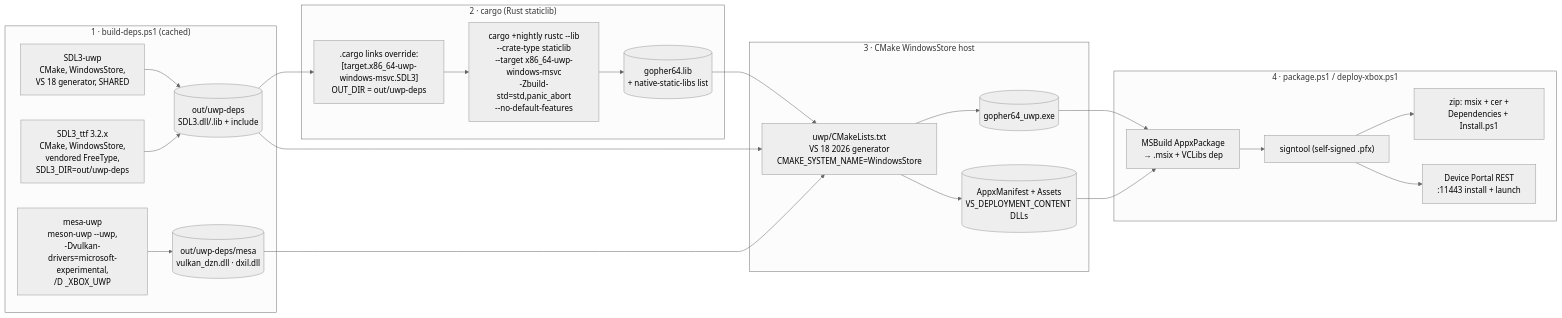
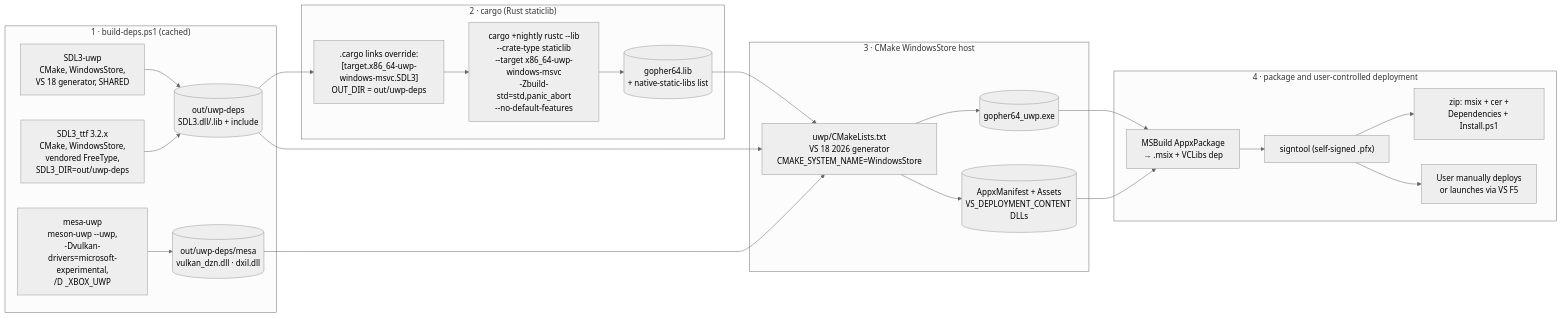
The second of 5 diagrams in docs/xbox-port/02-architecture.md (marcelofrau/gopher64), drawn with Mermaid (neutral theme) before and after one commit. The commit also changed other lines of this file and 41 other files, not shown here.

````diff
--- a/docs/xbox-port/02-architecture.md
+++ b/docs/xbox-port/02-architecture.md
@@ -89,33 +91,33 @@
 ```mermaid
 flowchart LR
     subgraph S1["1 · build-deps.ps1 (cached)"]
         A1["SDL3-uwp<br/>CMake, WindowsStore,<br/>VS 18 generator, SHARED"] --> P1[("out/uwp-deps<br/>SDL3.dll/.lib + include")]
         A2["SDL3_ttf 3.2.x<br/>CMake, WindowsStore,<br/>vendored FreeType,<br/>SDL3_DIR=out/uwp-deps"] --> P1
         A3["mesa-uwp<br/>meson-uwp --uwp,<br/>-Dvulkan-drivers=microsoft-experimental,<br/>/D _XBOX_UWP"] --> P2[("out/uwp-deps/mesa<br/>vulkan_dzn.dll · dxil.dll")]
     end
 
     subgraph S2["2 · cargo (Rust staticlib)"]
         B1["cargo +nightly rustc --lib<br/>--crate-type staticlib<br/>--target x86_64-uwp-windows-msvc<br/>-Zbuild-std=std,panic_abort<br/>--no-default-features"]
         B2[".cargo links override:<br/>[target.x86_64-uwp-windows-msvc.SDL3]<br/>OUT_DIR = out/uwp-deps"]
         B2 --> B1
         P1 --> B2
         B1 --> L1[("gopher64.lib<br/>+ native-static-libs list")]
     end
 
     subgraph S3["3 · CMake WindowsStore host"]
         C1["uwp/CMakeLists.txt<br/>VS 18 2026 generator<br/>CMAKE_SYSTEM_NAME=WindowsStore"]
         L1 --> C1
         P1 --> C1
         P2 --> C1
         C1 --> X1[("gopher64_uwp.exe")]
         C1 --> M1[("AppxManifest + Assets<br/>VS_DEPLOYMENT_CONTENT DLLs")]
     end
 
-    subgraph S4["4 · package.ps1 / deploy-xbox.ps1"]
+    subgraph S4["4 · package and user-controlled deployment"]
         X1 --> D1["MSBuild AppxPackage<br/>→ .msix + VCLibs dep"]
         M1 --> D1
         D1 --> D2["signtool (self-signed .pfx)"]
         D2 --> D3["zip: msix + cer +<br/>Dependencies + Install.ps1"]
-        D2 --> D4["Device Portal REST<br/>:11443 install + launch"]
+        D2 --> D4["User manually deploys<br/>or launches via VS F5"]
     end
 ```
````
